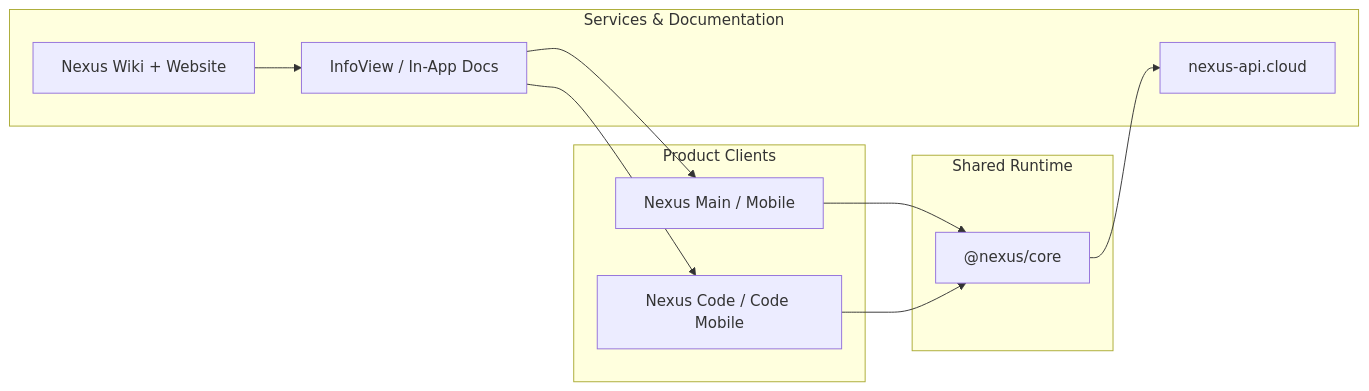
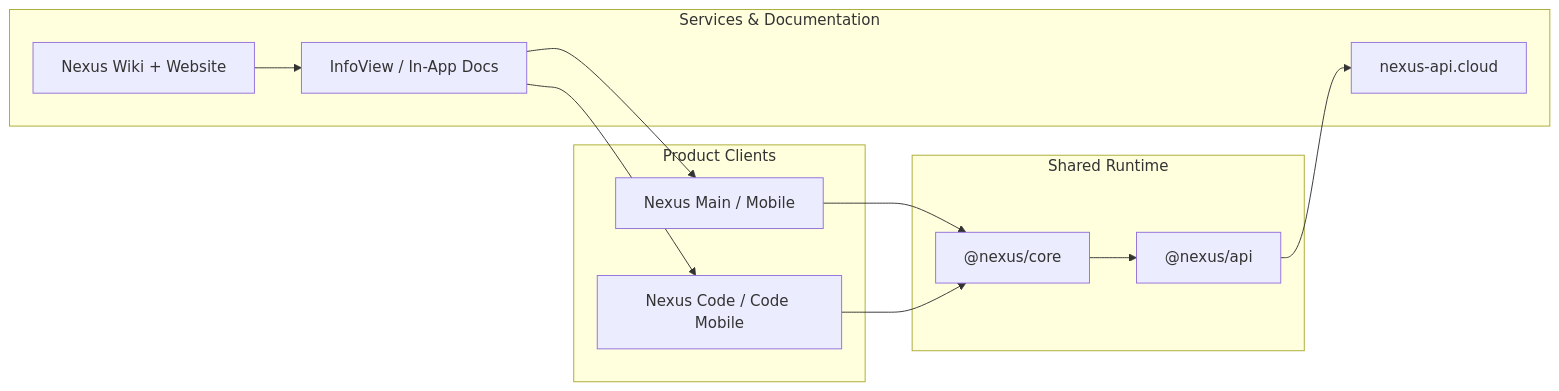
The diagram in README.md (YoungJibbit95/Nexus-Ecosystem), drawn with Mermaid before and after one commit. The commit also changed other lines of this file, not shown here.

````diff
--- a/README.md
+++ b/README.md
@@ -226,24 +136,26 @@
 ```mermaid
 flowchart LR
   subgraph Clients[Product Clients]
     A["Nexus Main / Mobile"]
     B["Nexus Code / Code Mobile"]
   end
 
-  subgraph Shared[Shared Runtime]
+  subgraph Runtime[Shared Runtime]
     C["@nexus/core"]
+    G["@nexus/api"]
   end
 
   subgraph Services[Services & Documentation]
     D["nexus-api.cloud"]
     E["InfoView / In-App Docs"]
     F["Nexus Wiki + Website"]
   end
 
   A --> C
   B --> C
-  C --> D
+  C --> G
+  G --> D
   E --> A
   E --> B
   F --> E
 ```
````
